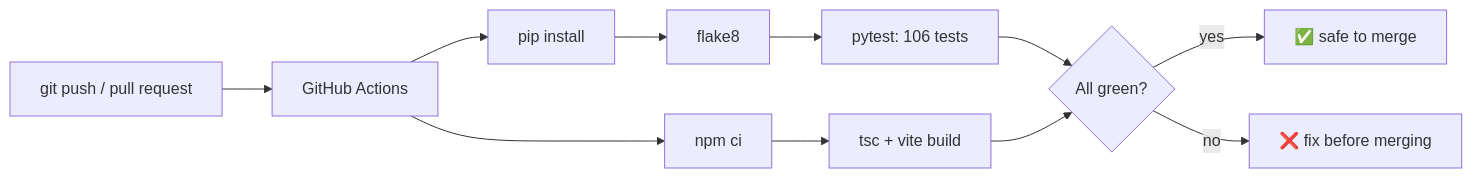
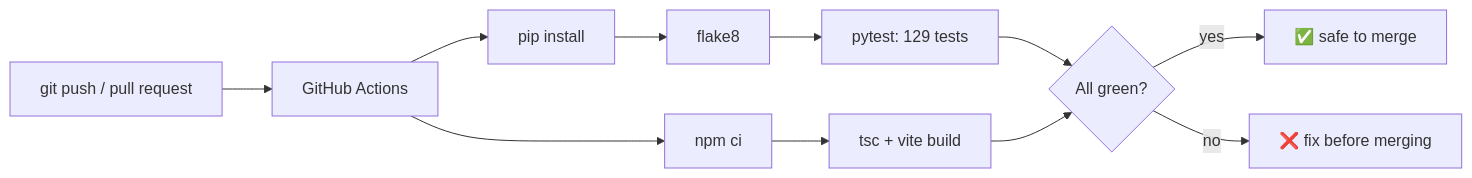
The second of 2 diagrams in docs/agile/05_xp_practices.md (Shiva-Preetham/Agile-PBL), drawn with Mermaid before and after one commit. The commit also changed other lines of this file and 4 other files, not shown here.

````diff
--- a/docs/agile/05_xp_practices.md
+++ b/docs/agile/05_xp_practices.md
@@ -58,10 +74,10 @@
 ```mermaid
 flowchart LR
     P[git push / pull request] --> GA[GitHub Actions]
-    GA --> B1[pip install] --> B2[flake8] --> B3[pytest: 106 tests]
+    GA --> B1[pip install] --> B2[flake8] --> B3[pytest: 129 tests]
     GA --> F1[npm ci] --> F2[tsc + vite build]
     B3 --> R{All green?}
     F2 --> R
     R -- yes --> OK[✅ safe to merge]
     R -- no --> FIX[❌ fix before merging]
 ```
````
